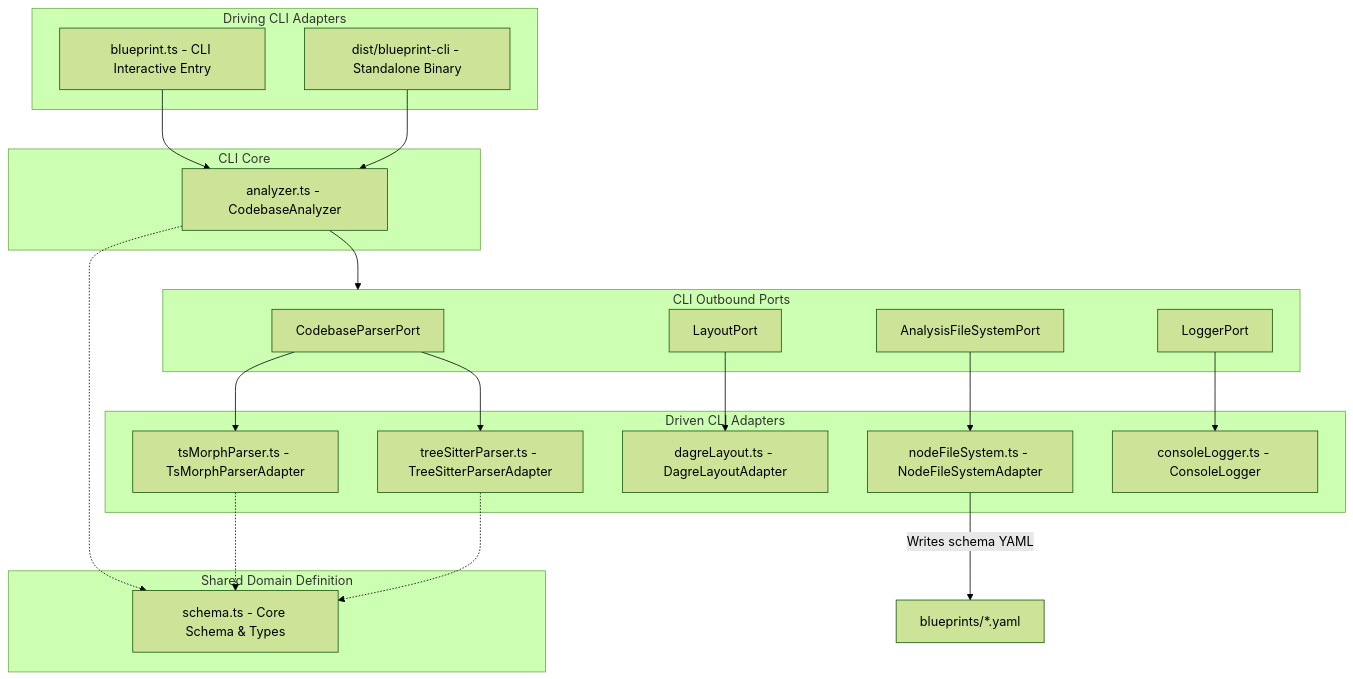
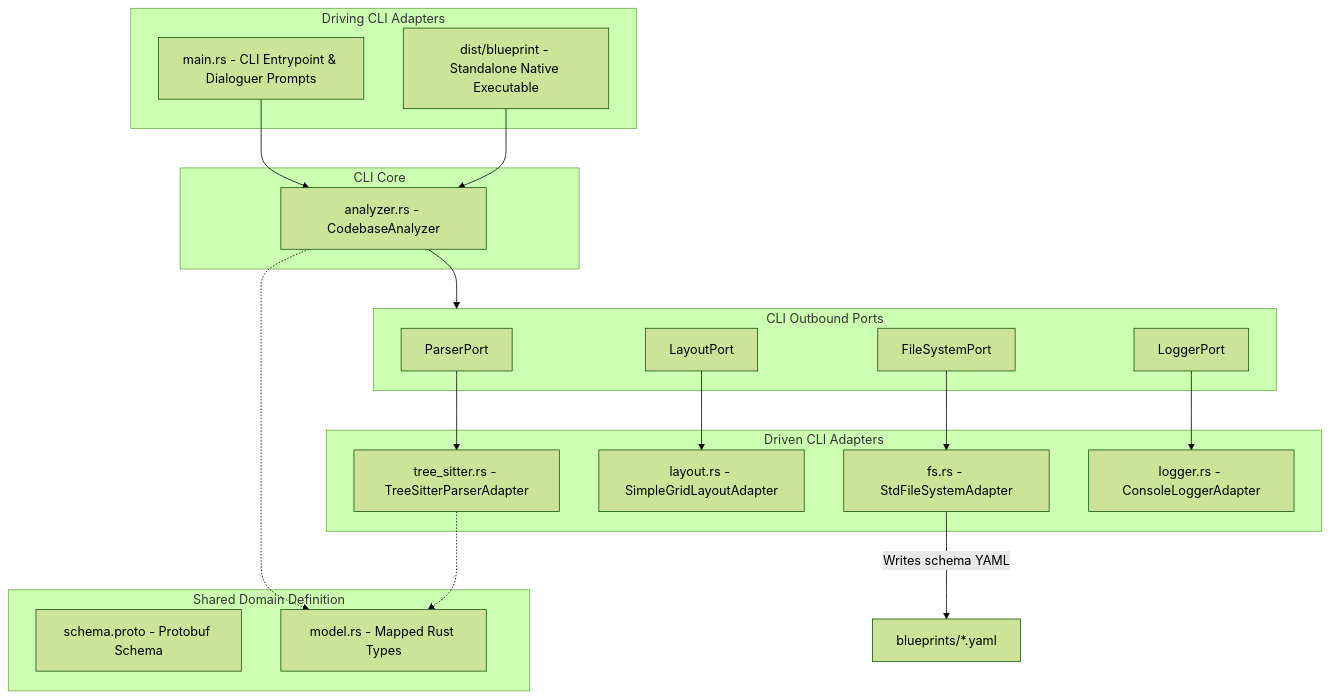
One commit to mzworthington/blueprint changed the second of 2 diagrams in docs/architecture.md. Above: the diagram before and after it, drawn with Mermaid (forest theme). The commit also changed other lines of this file and 181 other files, not shown here.

Commit message:
feat: covert CLI to rust

````diff
--- a/docs/architecture.md
+++ b/docs/architecture.md
@@ -62,46 +62,44 @@
 ```mermaid
 graph TD
     subgraph CLI_Drivers [Driving CLI Adapters]
-        CliEntry[blueprint.ts - CLI Interactive Entry]
-        BunBinary[dist/blueprint-cli - Standalone Binary]
+        CliEntry[main.rs - CLI Entrypoint & Dialoguer Prompts]
+        RustBinary[dist/blueprint - Standalone Native Executable]
     end
 
     subgraph CLI_Core [CLI Core]
-        Analyzer[analyzer.ts - CodebaseAnalyzer]
+        Analyzer[analyzer.rs - CodebaseAnalyzer]
     end
 
     subgraph CLI_Ports [CLI Outbound Ports]
-        ParserPort[CodebaseParserPort]
+        ParserPort[ParserPort]
         LayoutPort[LayoutPort]
-        CliFsPort[AnalysisFileSystemPort]
+        CliFsPort[FileSystemPort]
         CliLogPort[LoggerPort]
     end
 
     subgraph CLI_Adapters [Driven CLI Adapters]
-        TsMorph[tsMorphParser.ts - TsMorphParserAdapter]
-        TreeSitter[treeSitterParser.ts - TreeSitterParserAdapter]
-        Dagre[dagreLayout.ts - DagreLayoutAdapter]
-        NodeFS[nodeFileSystem.ts - NodeFileSystemAdapter]
-        ConsoleLog[consoleLogger.ts - ConsoleLogger]
+        TreeSitter[tree_sitter.rs - TreeSitterParserAdapter]
+        Grid[layout.rs - SimpleGridLayoutAdapter]
+        Fs[fs.rs - StdFileSystemAdapter]
+        Logger[logger.rs - ConsoleLoggerAdapter]
     end
 
     subgraph Schema_Types [Shared Domain Definition]
-        Schema[schema.ts - Core Schema & Types]
+        Proto[schema.proto - Protobuf Schema]
+        Schema[model.rs - Mapped Rust Types]
     end
 
     CliEntry --> Analyzer
-    BunBinary --> Analyzer
+    RustBinary --> Analyzer
     Analyzer --> CLI_Ports
 
-    ParserPort --> TsMorph
     ParserPort --> TreeSitter
-    LayoutPort --> Dagre
-    CliFsPort --> NodeFS
-    CliLogPort --> ConsoleLog
+    LayoutPort --> Grid
+    CliFsPort --> Fs
+    CliLogPort --> Logger
 
-    TsMorph -.-> Schema
     TreeSitter -.-> Schema
     Analyzer -.-> Schema
 
-    NodeFS --> |Writes schema YAML| BlueprintsDir[blueprints/*.yaml]
+    Fs --> |Writes schema YAML| BlueprintsDir[blueprints/*.yaml]
 ```
````
